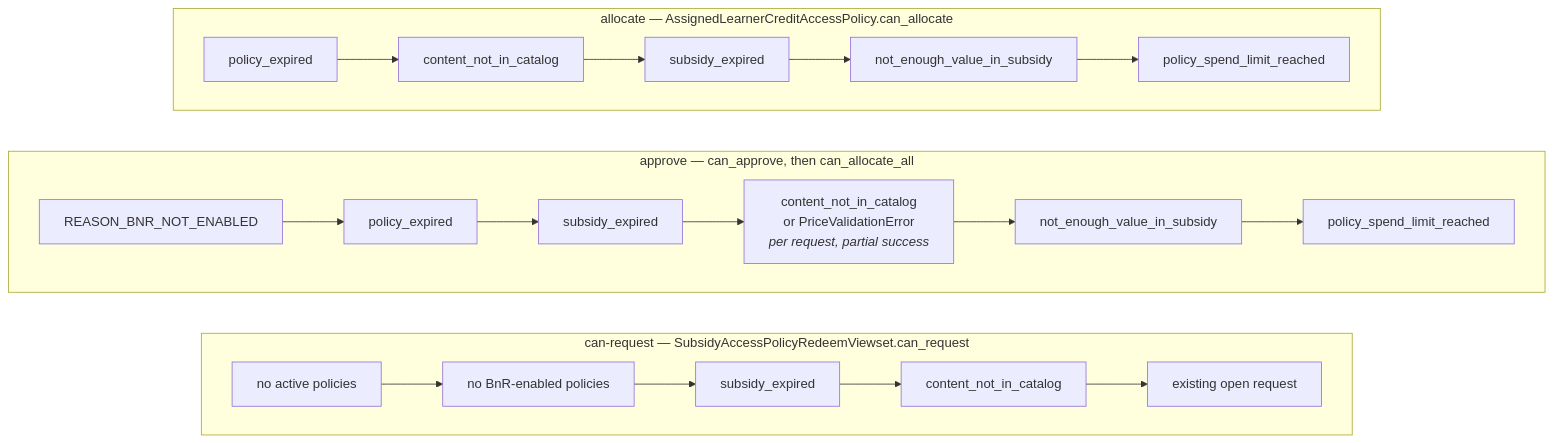
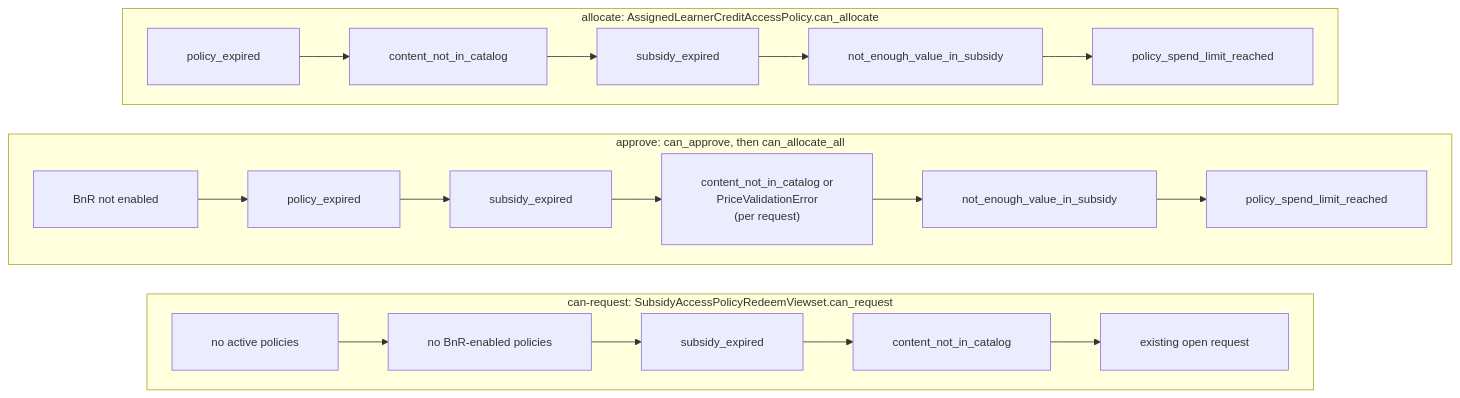
One commit to edx/enterprise-access changed the second of 4 diagrams in docs/decisions/0038-non-redeemable-reasons-and-display-reason.md. Above: the diagram before and after it, drawn with Mermaid. The commit also changed other lines of this file, not shown here.

First line of the commit message:
docs: make ADR 0038's diagrams legible in dark mode

````diff
--- a/docs/decisions/0038-non-redeemable-reasons-and-display-reason.md
+++ b/docs/decisions/0038-non-redeemable-reasons-and-display-reason.md
@@ -141,20 +140,17 @@
 ```mermaid
+%%{init: {"flowchart": {"padding": 24, "nodeSpacing": 28, "rankSpacing": 36, "wrappingWidth": 340}, "themeVariables": {"fontFamily": "Arial, Helvetica, sans-serif", "fontSize": "14px"}}}%%
 flowchart TB
-    subgraph AL["allocate — AssignedLearnerCreditAccessPolicy.can_allocate"]
+    subgraph AL["allocate: AssignedLearnerCreditAccessPolicy.can_allocate"]
         direction LR
-        A1["policy_expired"] --> A2["content_not_in_catalog"] --> A3["subsidy_expired"]
-        A3 --> A4["not_enough_value_in_subsidy"] --> A5["policy_spend_limit_reached"]
+        A1["policy_expired"] --> A2["content_not_in_catalog"] --> A3["subsidy_expired"] --> A4["not_enough_value_in_subsidy"] --> A5["policy_spend_limit_reached"]
     end
-    subgraph AP["approve — can_approve, then can_allocate_all"]
+    subgraph AP["approve: can_approve, then can_allocate_all"]
         direction LR
-        P0["REASON_BNR_NOT_ENABLED"] --> P1["policy_expired"] --> P2["subsidy_expired"]
-        P2 --> P3["content_not_in_catalog<br/>or PriceValidationError<br/><i>per request, partial success</i>"]
-        P3 --> P4["not_enough_value_in_subsidy"] --> P5["policy_spend_limit_reached"]
+        P0["BnR not enabled"] --> P1["policy_expired"] --> P2["subsidy_expired"] --> P3["content_not_in_catalog or<br/>PriceValidationError<br/>(per request)"] --> P4["not_enough_value_in_subsidy"] --> P5["policy_spend_limit_reached"]
     end
-    subgraph CR["can-request — SubsidyAccessPolicyRedeemViewset.can_request"]
+    subgraph CR["can-request: SubsidyAccessPolicyRedeemViewset.can_request"]
         direction LR
-        C1["no active policies"] --> C2["no BnR-enabled policies"] --> C3["subsidy_expired"]
-        C3 --> C4["content_not_in_catalog"] --> C5["existing open request"]
+        C1["no active policies"] --> C2["no BnR-enabled policies"] --> C3["subsidy_expired"] --> C4["content_not_in_catalog"] --> C5["existing open request"]
     end
     AL ~~~ AP ~~~ CR
 ```
````
